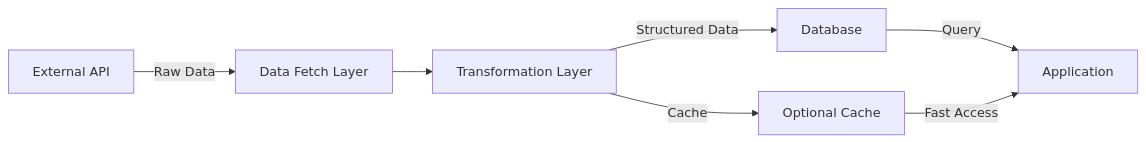
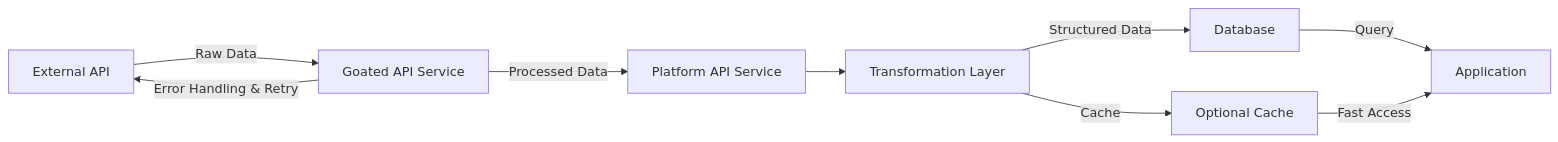
The sixth of 7 diagrams in client/src/components/memory-bank/systemPatterns.md (GNARC0TICS/GoatedVips), drawn with Mermaid before and after one commit. The commit also changed other lines of this file and 9 other files, not shown here.

First line of the commit message:
Refactor API communication with a two-service architecture for improved resilience and error handling.

````diff
--- a/client/src/components/memory-bank/systemPatterns.md
+++ b/client/src/components/memory-bank/systemPatterns.md
@@ -90,9 +115,11 @@
 ```mermaid
 flowchart LR
-    ExternalAPI[External API] --> |Raw Data| FetchLayer[Data Fetch Layer]
-    FetchLayer --> TransformLayer[Transformation Layer]
+    ExternalAPI[External API] --> |Raw Data| GoatedApiService[Goated API Service]
+    GoatedApiService --> |Error Handling & Retry| ExternalAPI
+    GoatedApiService --> |Processed Data| PlatformApiService[Platform API Service]
+    PlatformApiService --> TransformLayer[Transformation Layer]
     TransformLayer --> |Structured Data| Database[Database]
     TransformLayer --> |Cache| Cache[Optional Cache]
     Database --> |Query| Application[Application]
     Cache --> |Fast Access| Application
 ```
````
